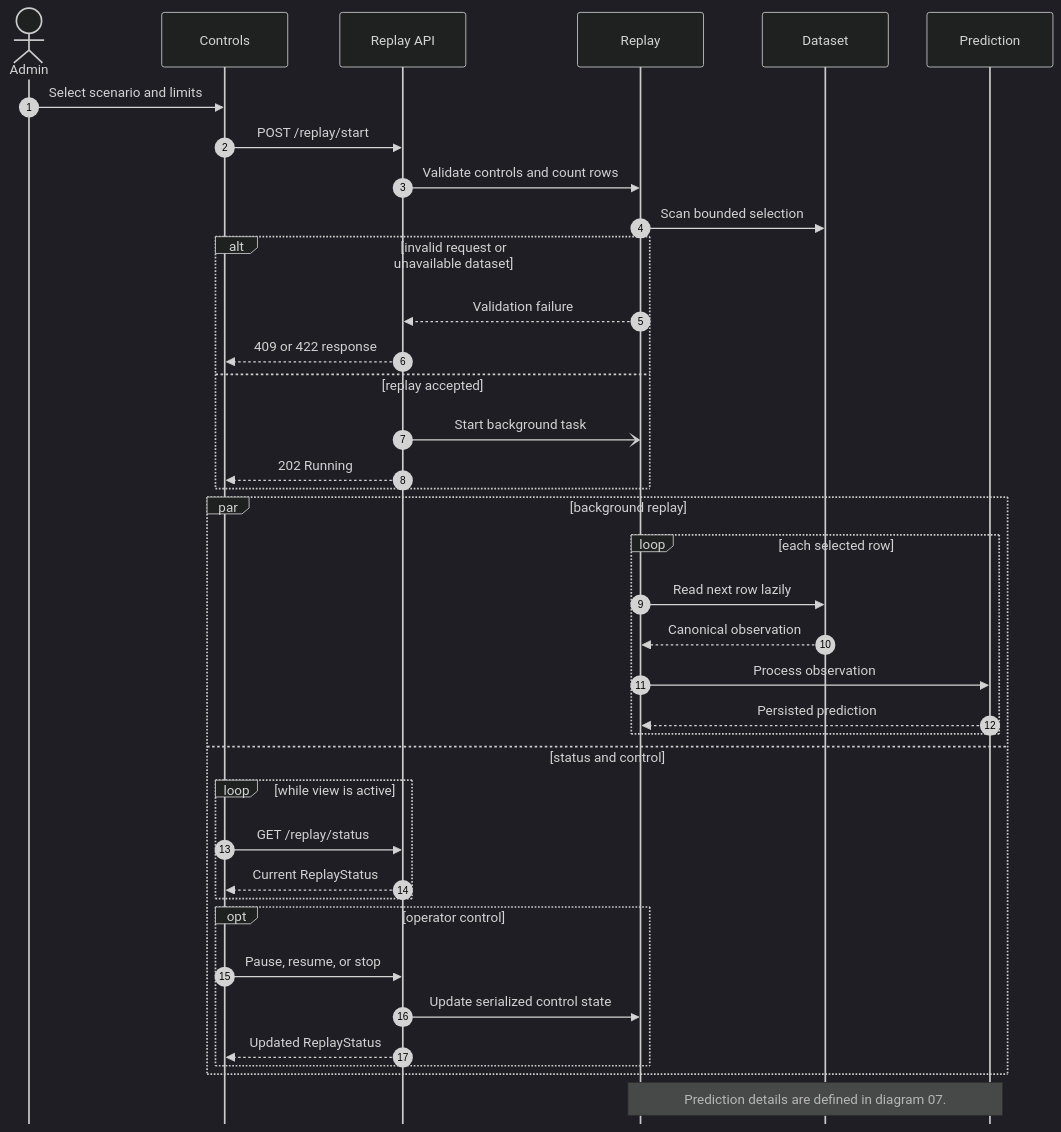
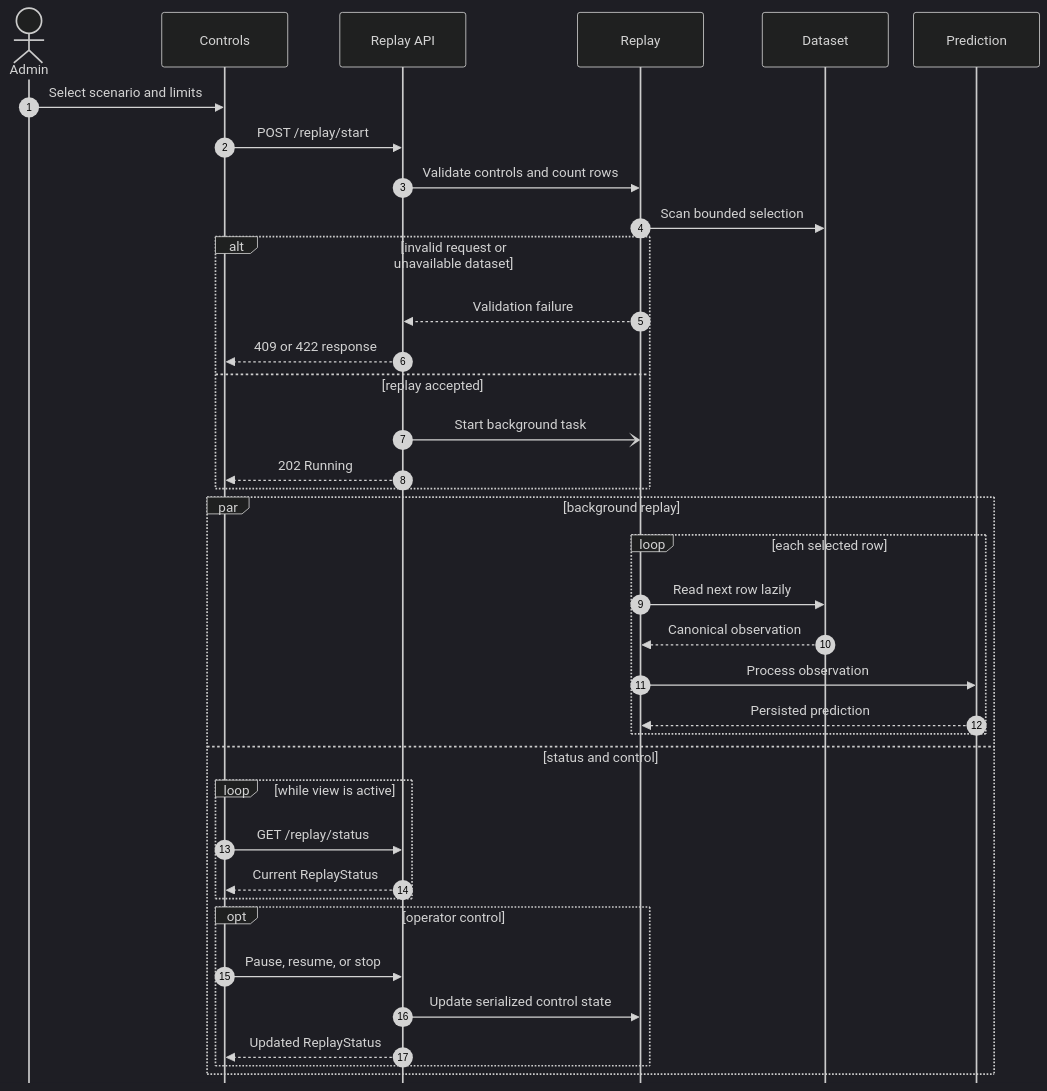
The diagram in diagrams/08-dataset-replay-sequence.mmd (ZakariaElKhaldi/4iir-sr), drawn with Mermaid (dark theme) before and after one commit. The commit also changed 53 other files, not shown here.

```diff
--- a/diagrams/08-dataset-replay-sequence.mmd
+++ b/diagrams/08-dataset-replay-sequence.mmd
@@ -1,48 +1,46 @@
 ---
 config:
   sequence:
     mirrorActors: false
     actorMargin: 30
     messageMargin: 24
 ---
 sequenceDiagram
     autonumber
     actor Admin
     participant UI as Controls
     participant API as Replay API
     participant Replay as Replay
     participant CSV as Dataset
     participant Predict as Prediction
 
     Admin->>UI: Select scenario and limits
     UI->>API: POST /replay/start
     API->>Replay: Validate controls and count rows
     Replay->>CSV: Scan bounded selection
     alt invalid request or unavailable dataset
         Replay-->>API: Validation failure
         API-->>UI: 409 or 422 response
     else replay accepted
         API-)Replay: Start background task
         API-->>UI: 202 Running
     end
 
     par background replay
         loop each selected row
             Replay->>CSV: Read next row lazily
             CSV-->>Replay: Canonical observation
             Replay->>Predict: Process observation
             Predict-->>Replay: Persisted prediction
         end
     and status and control
         loop while view is active
             UI->>API: GET /replay/status
             API-->>UI: Current ReplayStatus
         end
         opt operator control
             UI->>API: Pause, resume, or stop
             API->>Replay: Update serialized control state
             API-->>UI: Updated ReplayStatus
         end
     end
-
-    note over Replay,Predict: Prediction details are defined in diagram 07.
```
